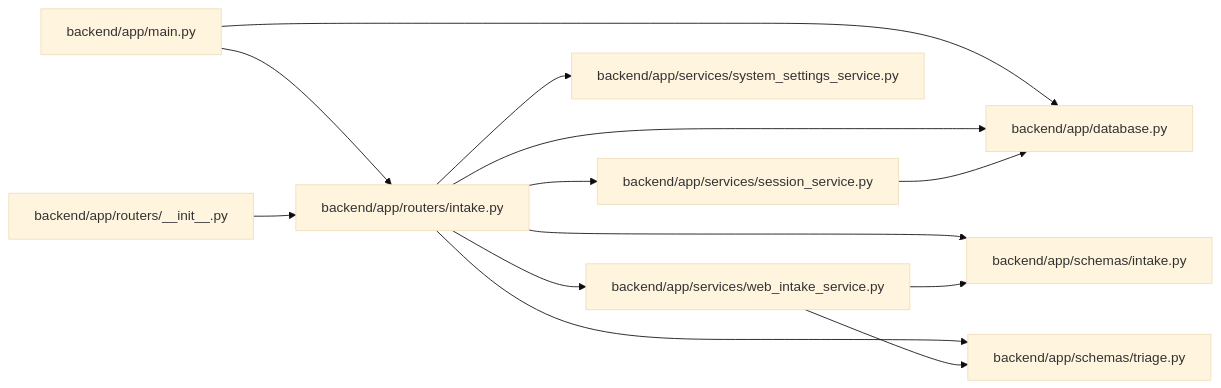
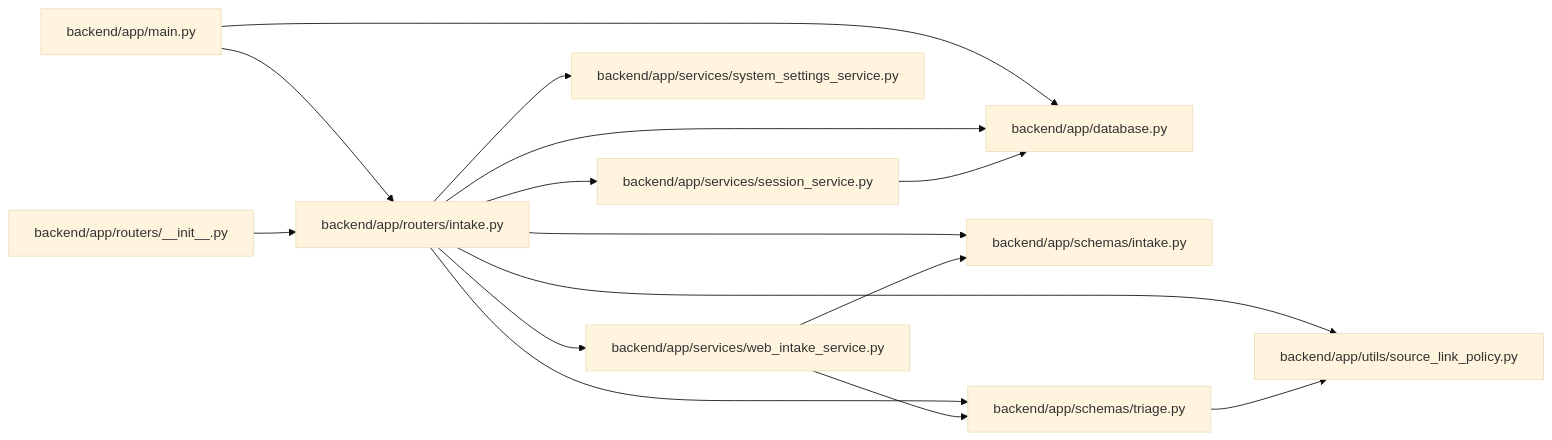
One commit to Denissvgn/WorkChord changed the diagram in docs/llm_wiki/modules/routers_intake.md. Above: the diagram before and after it, drawn with Mermaid (base theme). The commit also changed other lines of this file and 910 other files, not shown here.

Commit message:
Sync the architectural wiki for the intake source link policy

````diff
--- a/docs/llm_wiki/modules/routers_intake.md
+++ b/docs/llm_wiki/modules/routers_intake.md
@@ -27,33 +28,37 @@
 ```mermaid
 flowchart LR
     n0["backend/app/database.py"]
     n1["backend/app/main.py"]
     n2["backend/app/routers/__init__.py"]
     n3["backend/app/routers/intake.py"]
     n4["backend/app/schemas/intake.py"]
     n5["backend/app/schemas/triage.py"]
     n6["backend/app/services/session_service.py"]
     n7["backend/app/services/system_settings_service.py"]
     n8["backend/app/services/web_intake_service.py"]
+    n9["backend/app/utils/source_link_policy.py"]
     n1 --> n0
     n1 --> n3
     n2 --> n3
     n3 --> n0
     n3 --> n4
     n3 --> n5
     n3 --> n6
     n3 --> n7
     n3 --> n8
+    n3 --> n9
+    n5 --> n9
     n6 --> n0
     n8 --> n4
     n8 --> n5
     click n0 "../modules/app_database.md"
     click n1 "../modules/app_main.md"
     click n2 "../modules/routers___init__.md"
     click n3 "../modules/routers_intake.md"
     click n4 "../modules/schemas_intake.md"
     click n5 "../modules/schemas_triage.md"
     click n6 "../modules/session_service.md"
     click n7 "../modules/system_settings_service.md"
     click n8 "../modules/web_intake_service.md"
+    click n9 "../modules/source_link_policy.md"
 ```
````
